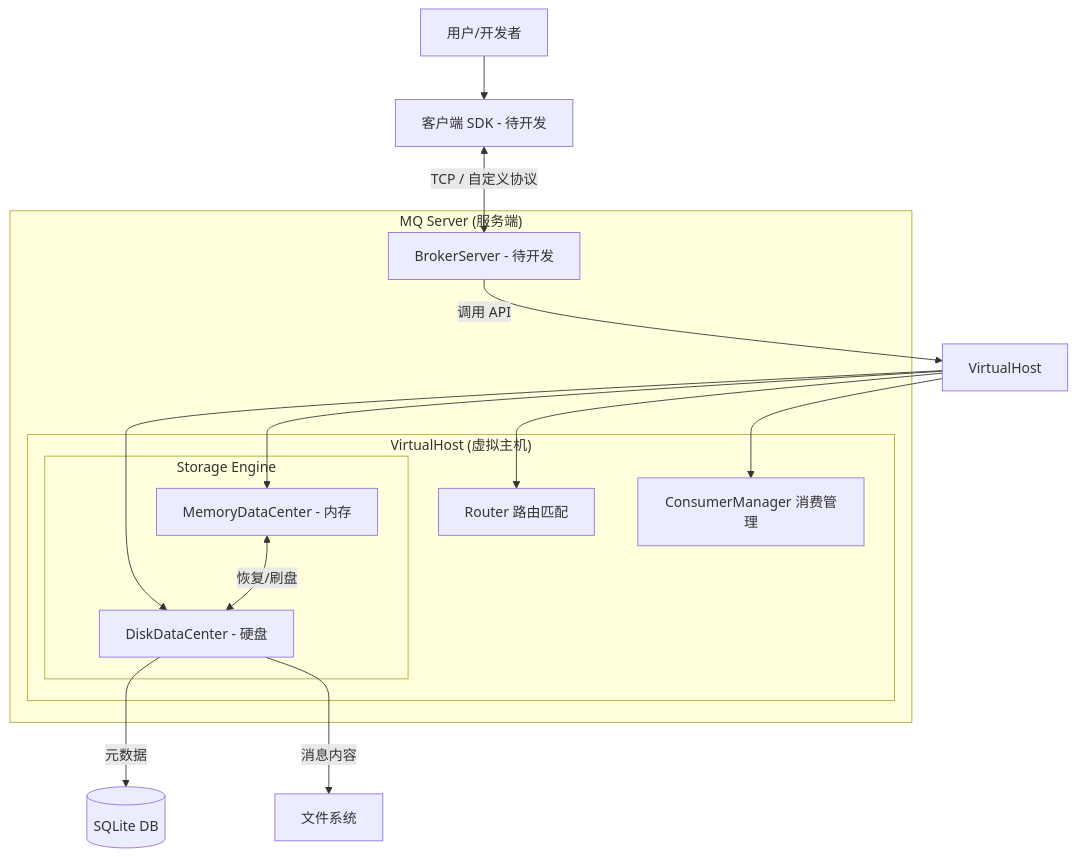
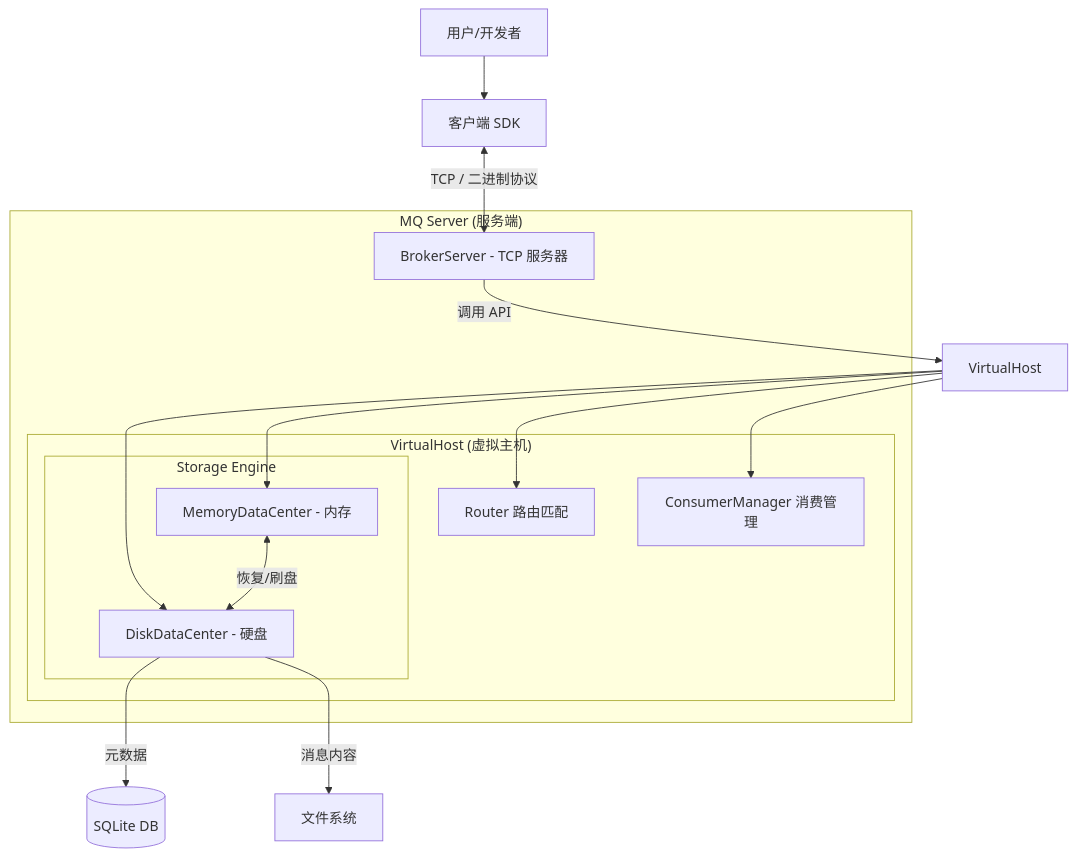
Before and after one commit to adamllll/mq: the first of 5 diagrams in docs/RESTART_GUIDE.md, drawn with Mermaid. The commit also changed other lines of this file and 4 other files, not shown here.

````diff
--- a/docs/RESTART_GUIDE.md
+++ b/docs/RESTART_GUIDE.md
@@ -132,30 +147,30 @@
 ```mermaid
 graph TD
-    User[用户/开发者] --> ClientSDK[客户端 SDK - 待开发]
+    User[用户/开发者] --> ClientSDK[客户端 SDK]
 
     subgraph "MQ Server (服务端)"
-        BrokerServer[BrokerServer - 待开发]
+        BrokerServer[BrokerServer - TCP 服务器]
 
         subgraph "VirtualHost (虚拟主机)"
             Router[Router 路由匹配]
             CM[ConsumerManager 消费管理]
 
             subgraph "Storage Engine"
                 MDC[MemoryDataCenter - 内存]
                 DDC[DiskDataCenter - 硬盘]
             end
         end
     end
 
-    ClientSDK <-->|TCP / 自定义协议| BrokerServer
+    ClientSDK <-->|TCP / 二进制协议| BrokerServer
     BrokerServer -->|调用 API| VirtualHost
 
     VirtualHost --> Router
     VirtualHost --> CM
     VirtualHost --> MDC
     VirtualHost --> DDC
 
     MDC <-->|恢复/刷盘| DDC
     DDC -->|元数据| SQLite[(SQLite DB)]
     DDC -->|消息内容| FileSys[文件系统]
 ```
````
